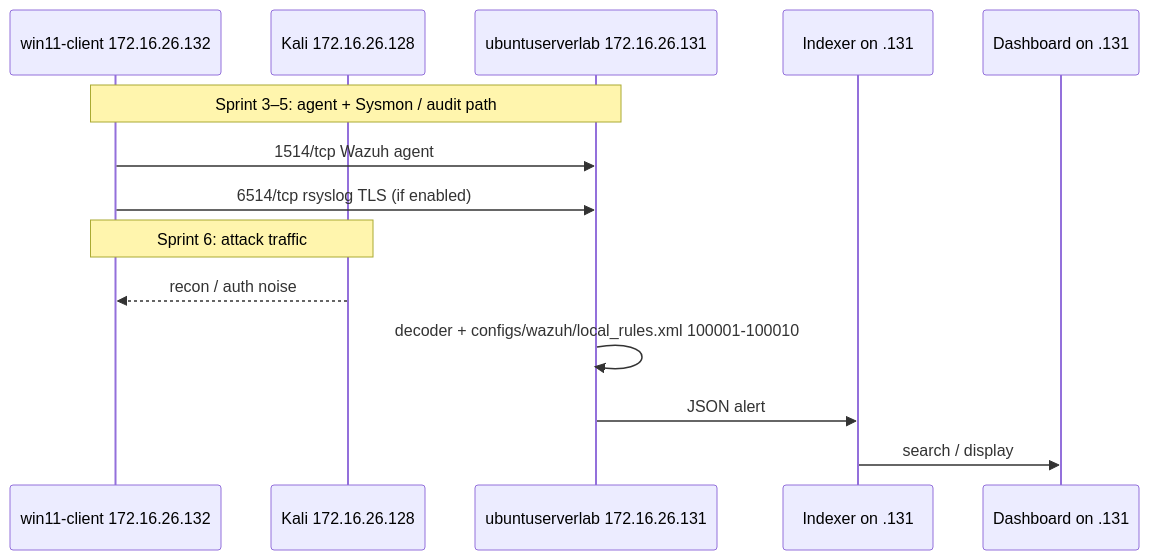
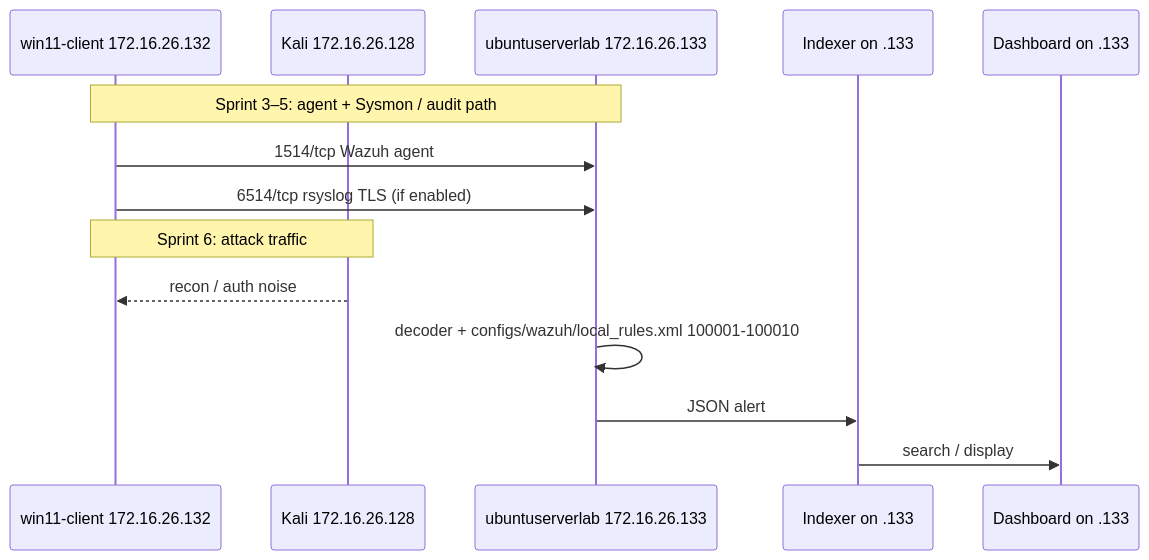
One commit to sadiq19/nist-siem-cyberlab changed the second of 2 diagrams in docs/01-architecture/README.md. Above: the diagram before and after it, drawn with Mermaid. The commit also changed other lines of this file and 1 other file, not shown here.

````diff
--- a/docs/01-architecture/README.md
+++ b/docs/01-architecture/README.md
@@ -86,17 +86,17 @@
 ```mermaid
 sequenceDiagram
   participant Win as win11-client 172.16.26.132
   participant Kali as Kali 172.16.26.128
-  participant Mgr as ubuntuserverlab 172.16.26.131
-  participant Idx as Indexer on .131
-  participant Dash as Dashboard on .131
+  participant Mgr as ubuntuserverlab 172.16.26.133
+  participant Idx as Indexer on .133
+  participant Dash as Dashboard on .133
 
   Note over Win,Mgr: Sprint 3–5: agent + Sysmon / audit path
   Win->>Mgr: 1514/tcp Wazuh agent
   Win->>Mgr: 6514/tcp rsyslog TLS (if enabled)
   Note over Kali,Win: Sprint 6: attack traffic
   Kali-->>Win: recon / auth noise
   Mgr->>Mgr: decoder + configs/wazuh/local_rules.xml 100001-100010
   Mgr->>Idx: JSON alert
   Idx->>Dash: search / display
 ```
````
